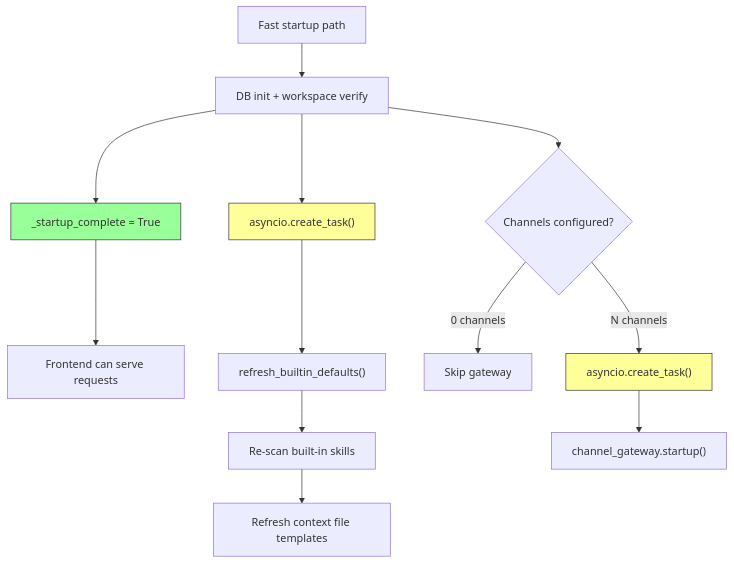
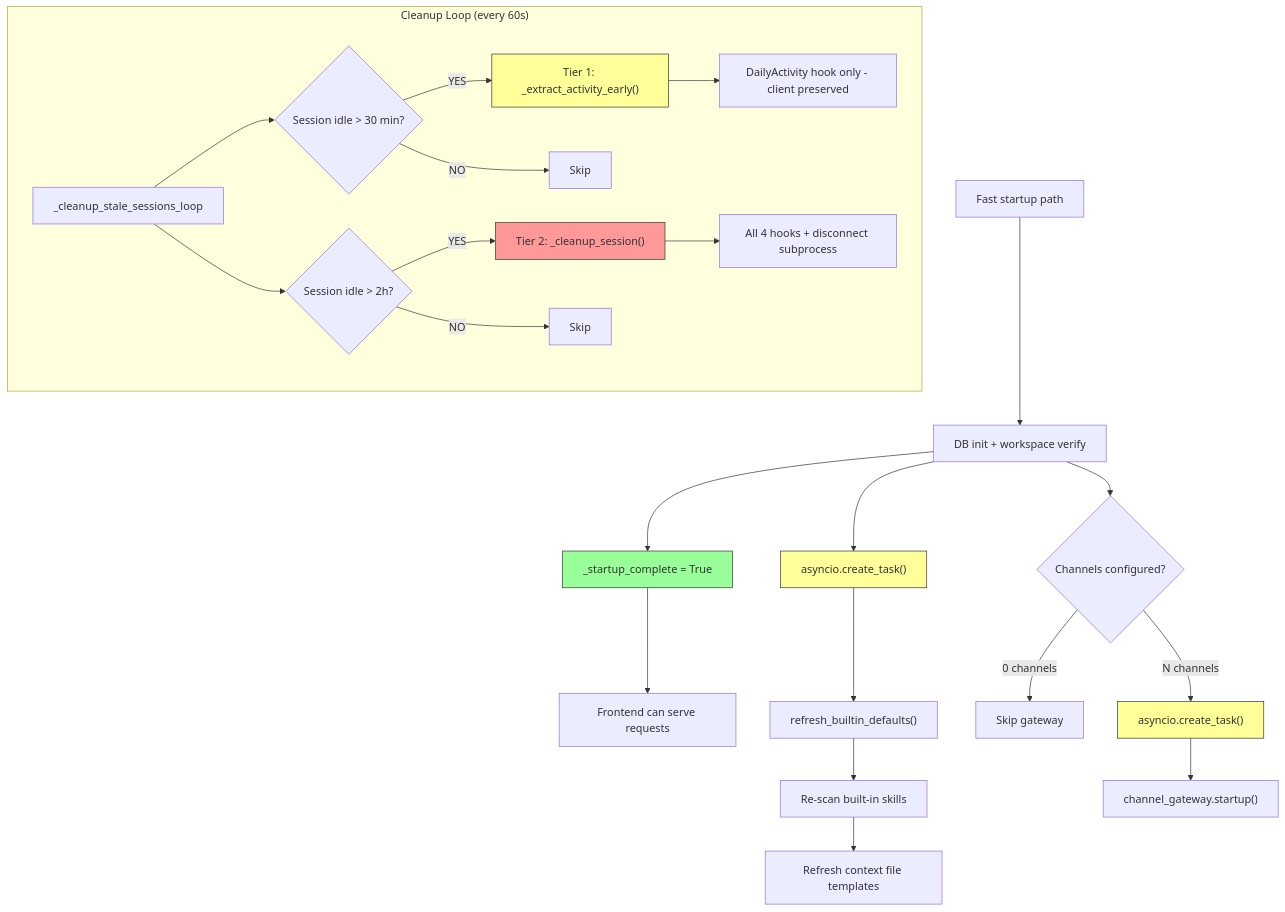
Diagram 20 of 20 in .kiro/specs/system-specs/FLOWCHARTS.md (xg-gh-25/SwarmAI), drawn with Mermaid before and after one commit. The commit also changed other lines of this file and 15 other files, not shown here.

First line of the commit message:
refactor: SDK error sanitization, 2h session TTL, and architecture doc updates

````diff
--- a/.kiro/specs/system-specs/FLOWCHARTS.md
+++ b/.kiro/specs/system-specs/FLOWCHARTS.md
@@ -558,20 +562,33 @@
 ```mermaid
 flowchart TD
     A[Fast startup path] --> B[DB init + workspace verify]
     B --> C["_startup_complete = True"]
     C --> D[Frontend can serve requests]
 
     B --> E["asyncio.create_task()"]
     E --> F["refresh_builtin_defaults()"]
     F --> G[Re-scan built-in skills]
     G --> H[Refresh context file templates]
 
     B --> I{Channels configured?}
     I -->|0 channels| J[Skip gateway]
     I -->|N channels| K["asyncio.create_task()"]
     K --> L["channel_gateway.startup()"]
 
+    subgraph "Cleanup Loop (every 60s)"
+        M["_cleanup_stale_sessions_loop"] --> N{Session idle > 30 min?}
+        N -->|YES| O["Tier 1: _extract_activity_early()"]
+        O --> P[DailyActivity hook only - client preserved]
+        N -->|NO| Q[Skip]
+        M --> R{Session idle > 2h?}
+        R -->|YES| S["Tier 2: _cleanup_session()"]
+        S --> T[All 4 hooks + disconnect subprocess]
+        R -->|NO| U[Skip]
+    end
+
     style C fill:#9f9,stroke:#333
     style E fill:#ff9,stroke:#333
     style K fill:#ff9,stroke:#333
+    style O fill:#ff9,stroke:#333
+    style S fill:#f99,stroke:#333
 ```
````
